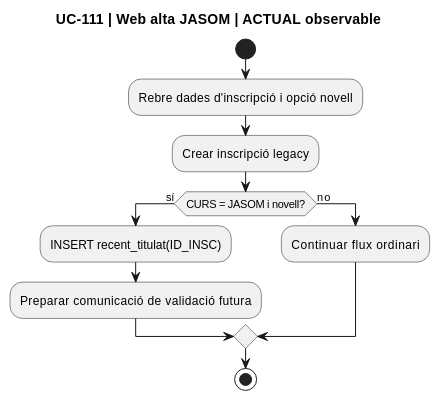
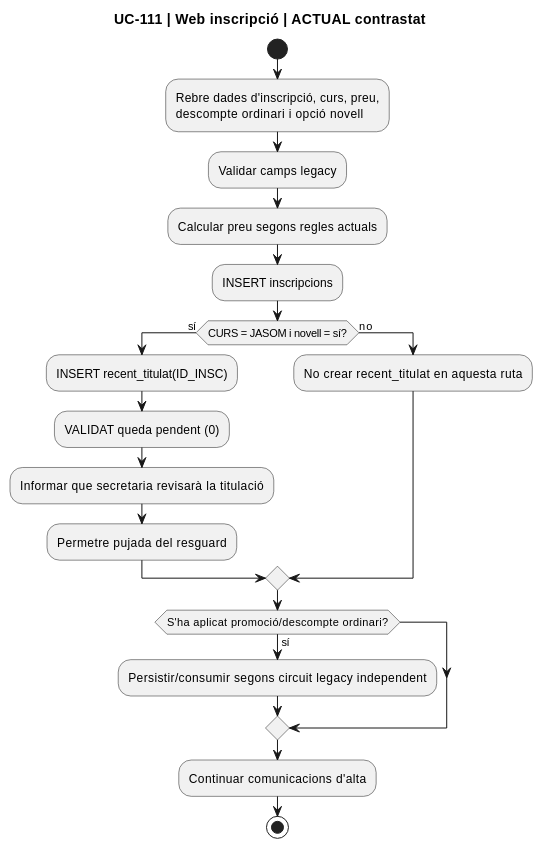
The first of 12 diagrams in documentacio/07-uml-integrat/uc-111-activitats-actual-final.md (orgmeriemprismacat-del/verifactu), drawn with PlantUML before and after one commit. The commit also changed other lines of this file, not shown here.

Commit message:
UC-111 complete web intranet and payment activity diagrams

````diff
--- a/documentacio/07-uml-integrat/uc-111-activitats-actual-final.md
+++ b/documentacio/07-uml-integrat/uc-111-activitats-actual-final.md
@@ -7,15 +7,24 @@
 ```plantuml
 @startuml
-title UC-111 | Web alta JASOM | ACTUAL observable
+title UC-111 | Web inscripció | ACTUAL contrastat
 start
-:Rebre dades d'inscripció i opció novell;
-:Crear inscripció legacy;
-if (CURS = JASOM i novell?) then (sí)
+:Rebre dades d'inscripció, curs, preu,
+descompte ordinari i opció novell;
+:Validar camps legacy;
+:Calcular preu segons regles actuals;
+:INSERT inscripcions;
+if (CURS = JASOM i novell = sí?) then (sí)
   :INSERT recent_titulat(ID_INSC);
-  :Preparar comunicació de validació futura;
+  :VALIDAT queda pendent (0);
+  :Informar que secretaria revisarà la titulació;
+  :Permetre pujada del resguard;
 else (no)
-  :Continuar flux ordinari;
+  :No crear recent_titulat en aquesta ruta;
 endif
+if (S'ha aplicat promoció/descompte ordinari?) then (sí)
+  :Persistir/consumir segons circuit legacy independent;
+endif
+:Continuar comunicacions d'alta;
 stop
 @enduml
 ```
````
